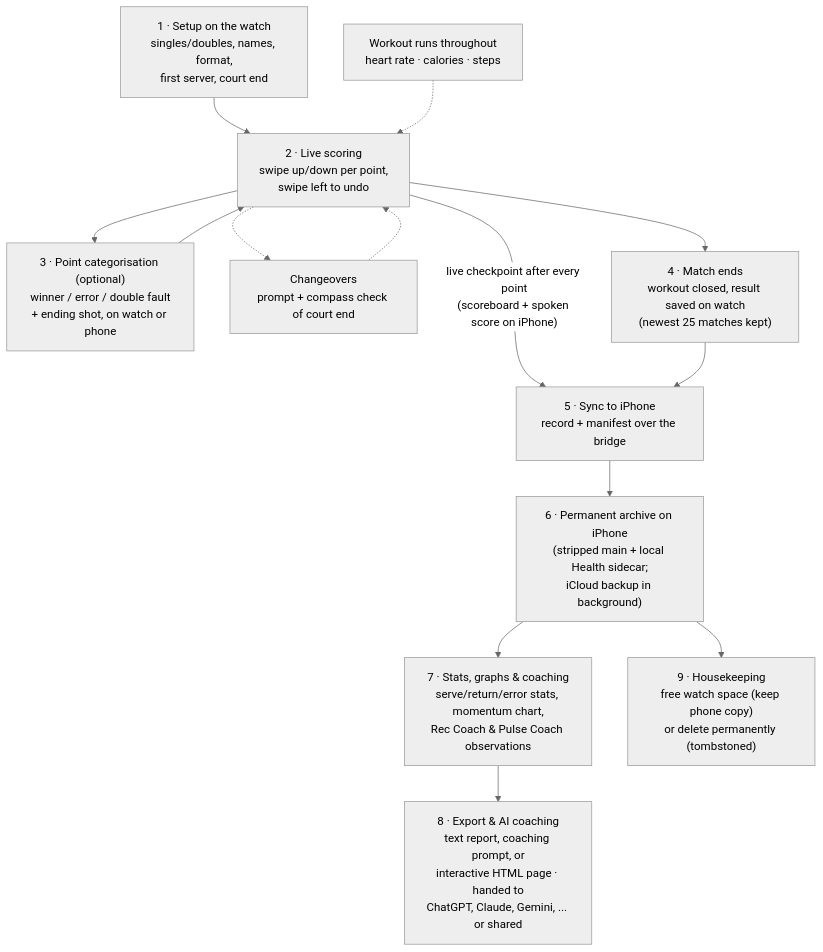
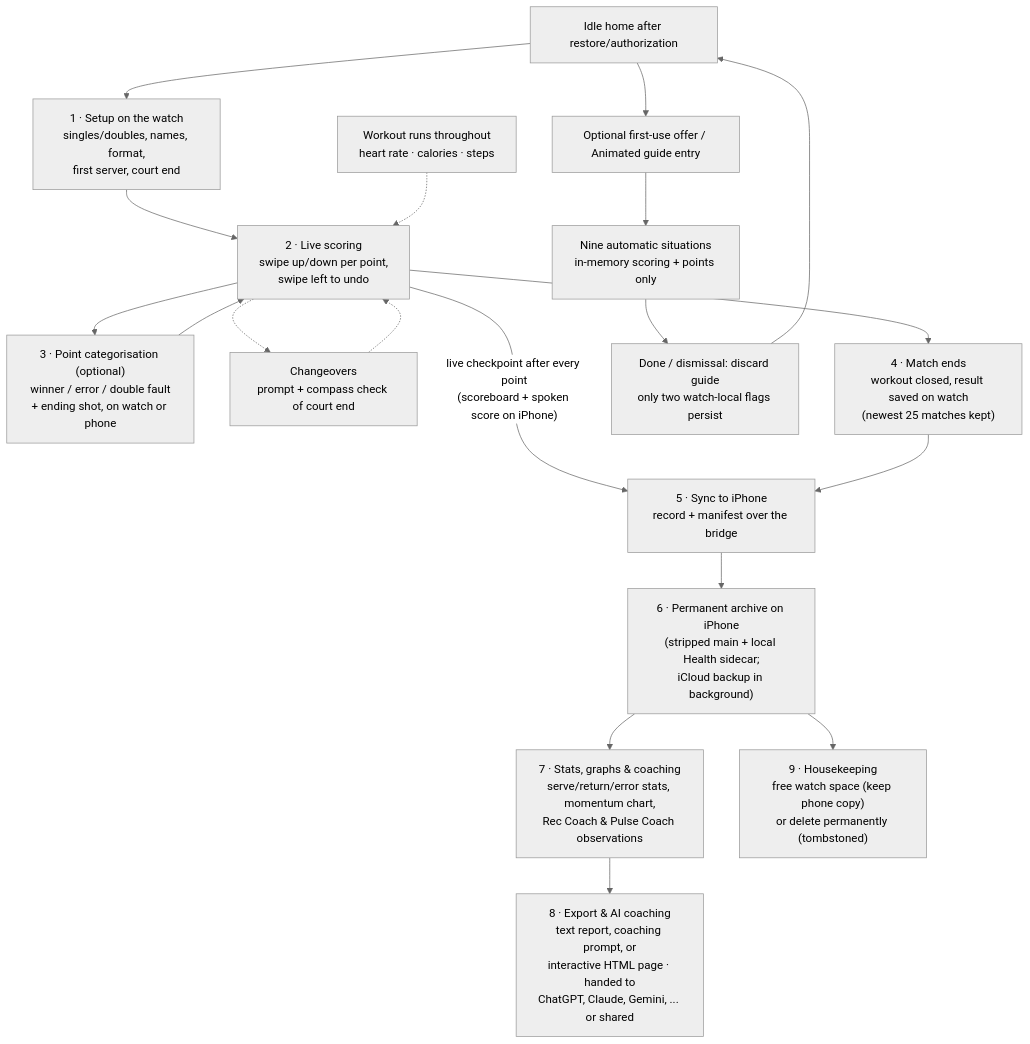
One commit to EMRahman/DeuceMate changed the diagram in docs/architecture/match-lifecycle.md. Above: the diagram before and after it, drawn with Mermaid (neutral theme). The commit also changed other lines of this file and 37 other files, not shown here.

Commit message:
[Watch] Add animated guide and align score reporting

````diff
--- a/docs/architecture/match-lifecycle.md
+++ b/docs/architecture/match-lifecycle.md
@@ -7,28 +7,38 @@
 ```mermaid
 flowchart TD
     SETUP["1 · Setup on the watch<br/>singles/doubles, names, format,<br/>first server, court end"]
     SCORE["2 · Live scoring<br/>swipe up/down per point,<br/>swipe left to undo"]
     CAT["3 · Point categorisation (optional)<br/>winner / error / double fault<br/>+ ending shot, on watch or phone"]
     HEALTH["Workout runs throughout<br/>heart rate · calories · steps"]
     CHANGE["Changeovers<br/>prompt + compass check of court end"]
     END1["4 · Match ends<br/>workout closed, result saved on watch<br/>(newest 25 matches kept)"]
     SYNC["5 · Sync to iPhone<br/>record + manifest over the bridge"]
     ARCHIVE["6 · Permanent archive on iPhone<br/>(stripped main + local Health sidecar;<br/>iCloud backup in background)"]
     INSIGHT["7 · Stats, graphs & coaching<br/>serve/return/error stats, momentum chart,<br/>Rec Coach & Pulse Coach observations"]
     EXPORT["8 · Export & AI coaching<br/>text report, coaching prompt, or<br/>interactive HTML page · handed to<br/>ChatGPT, Claude, Gemini, ... or shared"]
     MANAGE["9 · Housekeeping<br/>free watch space (keep phone copy)<br/>or delete permanently (tombstoned)"]
+
+    HOME["Idle home after restore/authorization"]
+    OFFER["Optional first-use offer / Animated guide entry"]
+    GUIDE["Nine automatic situations<br/>in-memory scoring + points only"]
+    DISCARD["Done / dismissal: discard guide<br/>only two watch-local flags persist"]
+    HOME --> SETUP
+    HOME --> OFFER
+    OFFER --> GUIDE
+    GUIDE --> DISCARD
+    DISCARD --> HOME
 
     SETUP --> SCORE
     SCORE --> CAT
     CAT --> SCORE
     SCORE -.-> CHANGE
     CHANGE -.-> SCORE
     HEALTH -.-> SCORE
     SCORE --> END1
     SCORE -- "live checkpoint after every point<br/>(scoreboard + spoken score on iPhone)" --> SYNC
     END1 --> SYNC
     SYNC --> ARCHIVE
     ARCHIVE --> INSIGHT
     INSIGHT --> EXPORT
     ARCHIVE --> MANAGE
 ```
````
